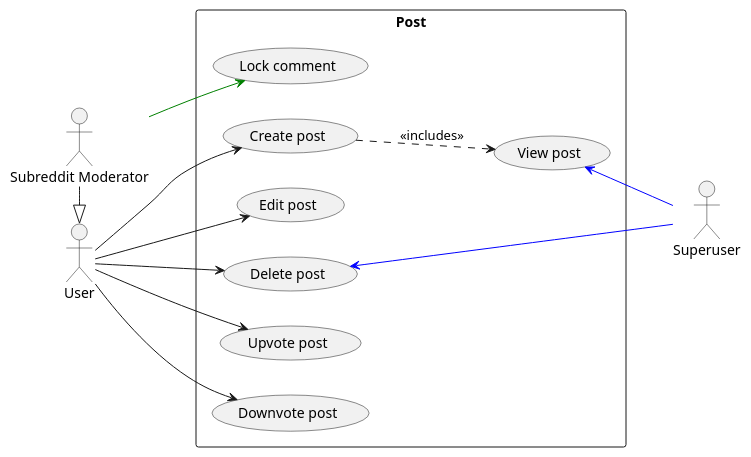
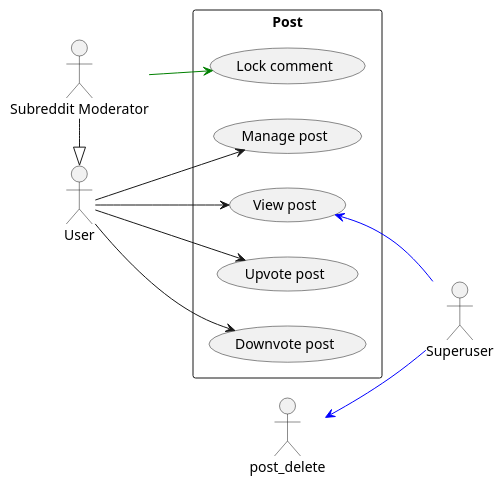
One commit to Huy-Ngo/reddit-design changed the diagram in use_case_post.puml. Above: the diagram before and after it, drawn with PlantUML. The commit also changed 2 other files, not shown here.

Commit message:
Merge use cases into manage use case, resolve #3

```diff
--- a/use_case_post.puml
+++ b/use_case_post.puml
@@ -1,34 +1,29 @@
 @startuml
 skinparam packageStyle rectangle
 left to right direction
 actor "User" as user
 actor "Subreddit Moderator" as mod
 actor "Superuser" as su
 mod -|> user
 
 rectangle Post as post {
-  usecase "Create post" as post_create
+  usecase "Manage post" as post_manage
   usecase "View post" as post_read
-  usecase "Edit post" as post_update
-  usecase "Delete post" as post_delete
 
   usecase "Upvote post" as post_up
   usecase "Downvote post" as post_down
   usecase "Lock comment" as post_lock
 }
 
-user --> post_create
-user --> post_update
-user --> post_delete
+user --> post_manage
+user --> post_read
 
 user --> post_up
 user --> post_down
 
 mod -[#green]-> post_lock
 
 post_read   <-[#blue]- su
 post_delete <-[#blue]- su
 
-post_create ..> post_read : <<includes>>
-
 @enduml
```
